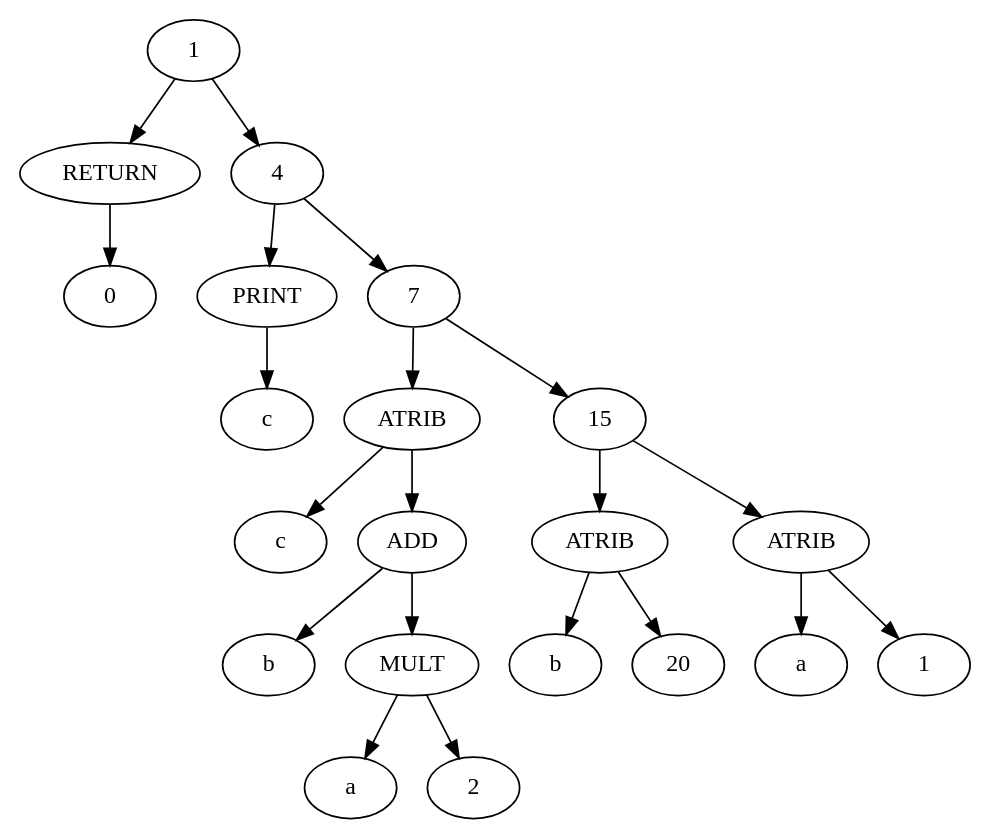
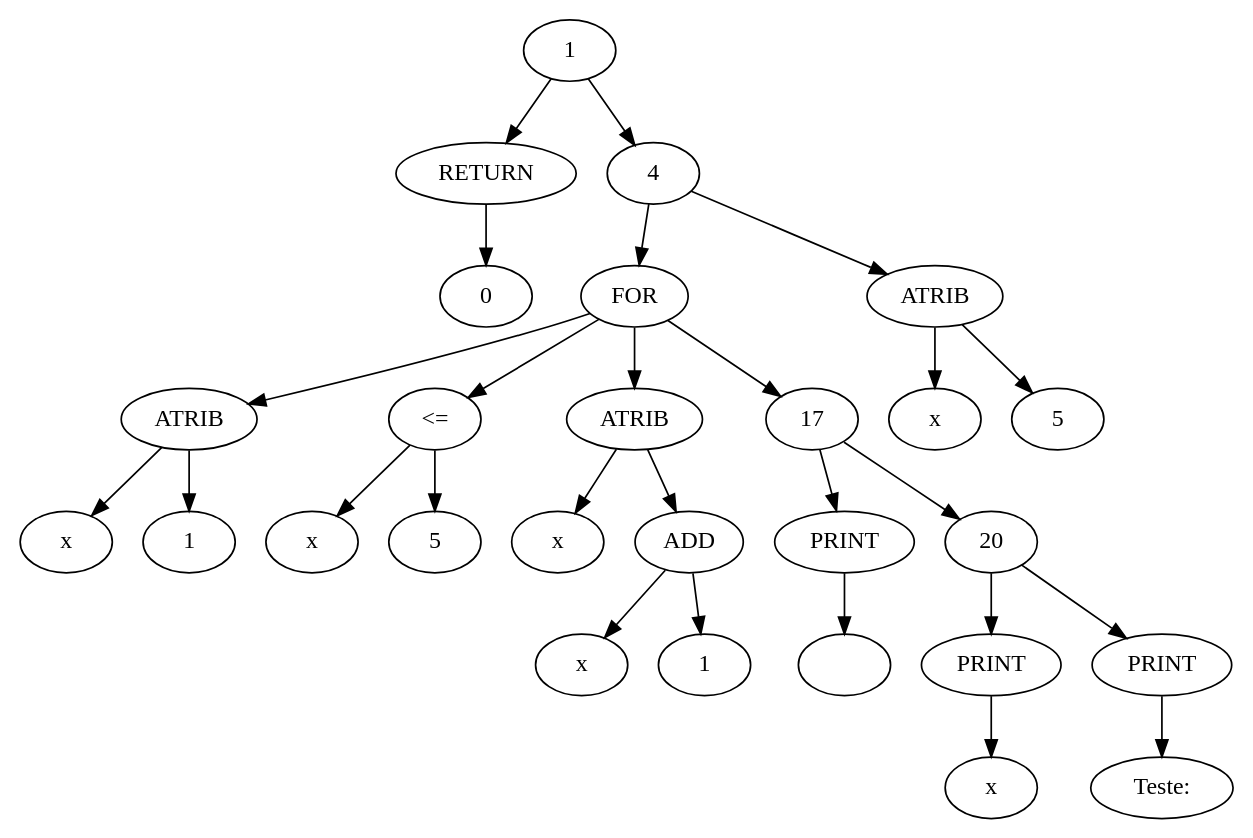
Before and after one commit to Kanchii/COM: the diagram in graph.dot, drawn with Graphviz. The commit also changed 14 other files, not shown here.

```diff
--- a/graph.dot
+++ b/graph.dot
@@ -1,39 +1,51 @@
 digraph G {
 	2 [label = "RETURN"];
 	3 [label = "0"];
-	5 [label = "PRINT"];
-	6 [label = "c"];
-	8 [label = "ATRIB"];
-	9 [label = "c"];
-	10 [label = "ADD"];
-	11 [label = "b"];
-	12 [label = "MULT"];
-	13 [label = "a"];
-	14 [label = "2"];
-	16 [label = "ATRIB"];
-	17 [label = "b"];
-	18 [label = "20"];
-	19 [label = "ATRIB"];
-	20 [label = "a"];
-	21 [label = "1"];
+	5 [label = "FOR"];
+	6 [label = "ATRIB"];
+	7 [label = "x"];
+	8 [label = "1"];
+	9 [label = "<="];
+	10 [label = "x"];
+	11 [label = "5"];
+	12 [label = "ATRIB"];
+	13 [label = "x"];
+	14 [label = "ADD"];
+	15 [label = "x"];
+	16 [label = "1"];
+	18 [label = "PRINT"];
+	19 [label = "\n"];
+	21 [label = "PRINT"];
+	22 [label = "x"];
+	23 [label = "PRINT"];
+	24 [label = "Teste: "];
+	25 [label = "ATRIB"];
+	26 [label = "x"];
+	27 [label = "5"];
 	1 -> 2;
 	2 -> 3;
 	1 -> 4;
 	4 -> 5;
 	5 -> 6;
-	4 -> 7;
-	7 -> 8;
-	8 -> 9;
-	8 -> 10;
-	10 -> 11;
-	10 -> 12;
+	6 -> 7;
+	6 -> 8;
+	5 -> 9;
+	9 -> 10;
+	9 -> 11;
+	5 -> 12;
 	12 -> 13;
 	12 -> 14;
-	7 -> 15;
-	15 -> 16;
-	16 -> 17;
-	16 -> 18;
-	15 -> 19;
-	19 -> 20;
-	19 -> 21;
+	14 -> 15;
+	14 -> 16;
+	5 -> 17;
+	17 -> 18;
+	18 -> 19;
+	17 -> 20;
+	20 -> 21;
+	21 -> 22;
+	20 -> 23;
+	23 -> 24;
+	4 -> 25;
+	25 -> 26;
+	25 -> 27;
 }
```
